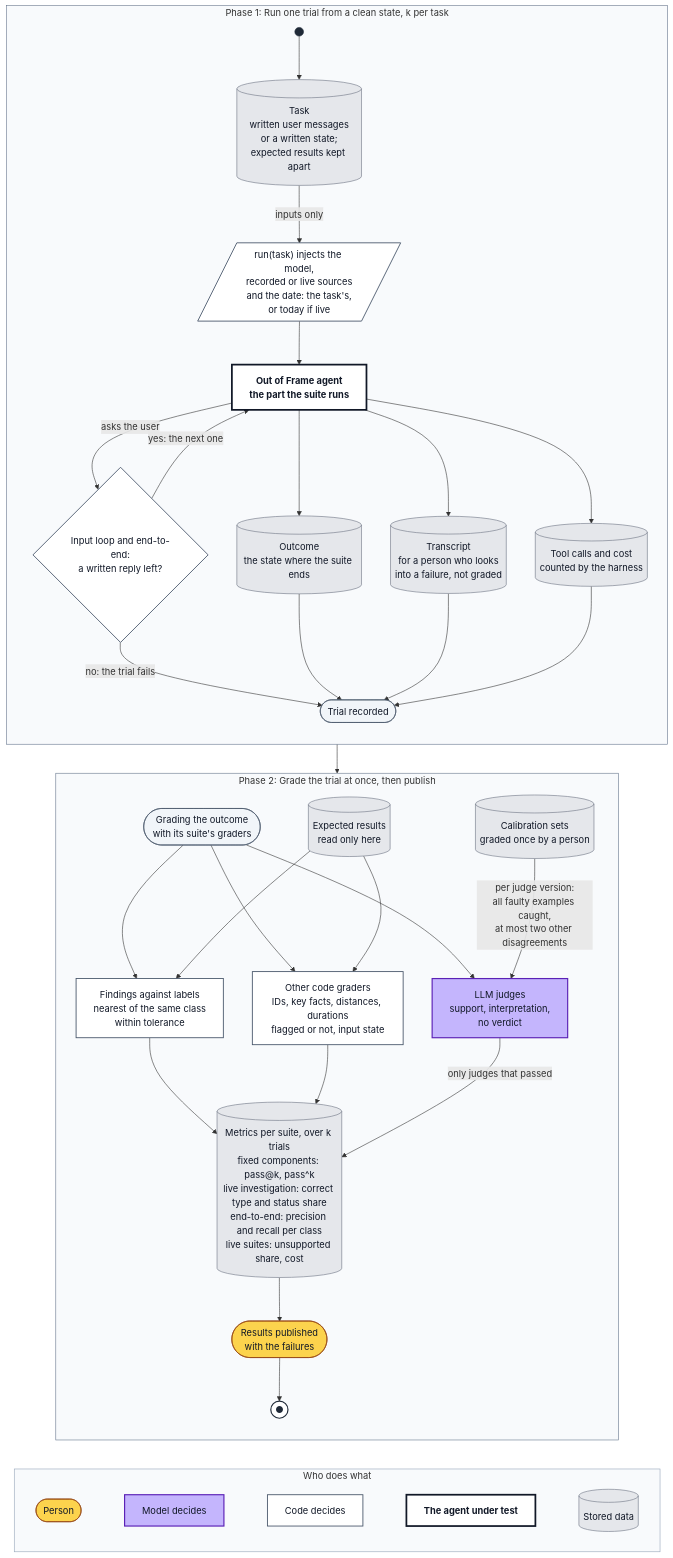
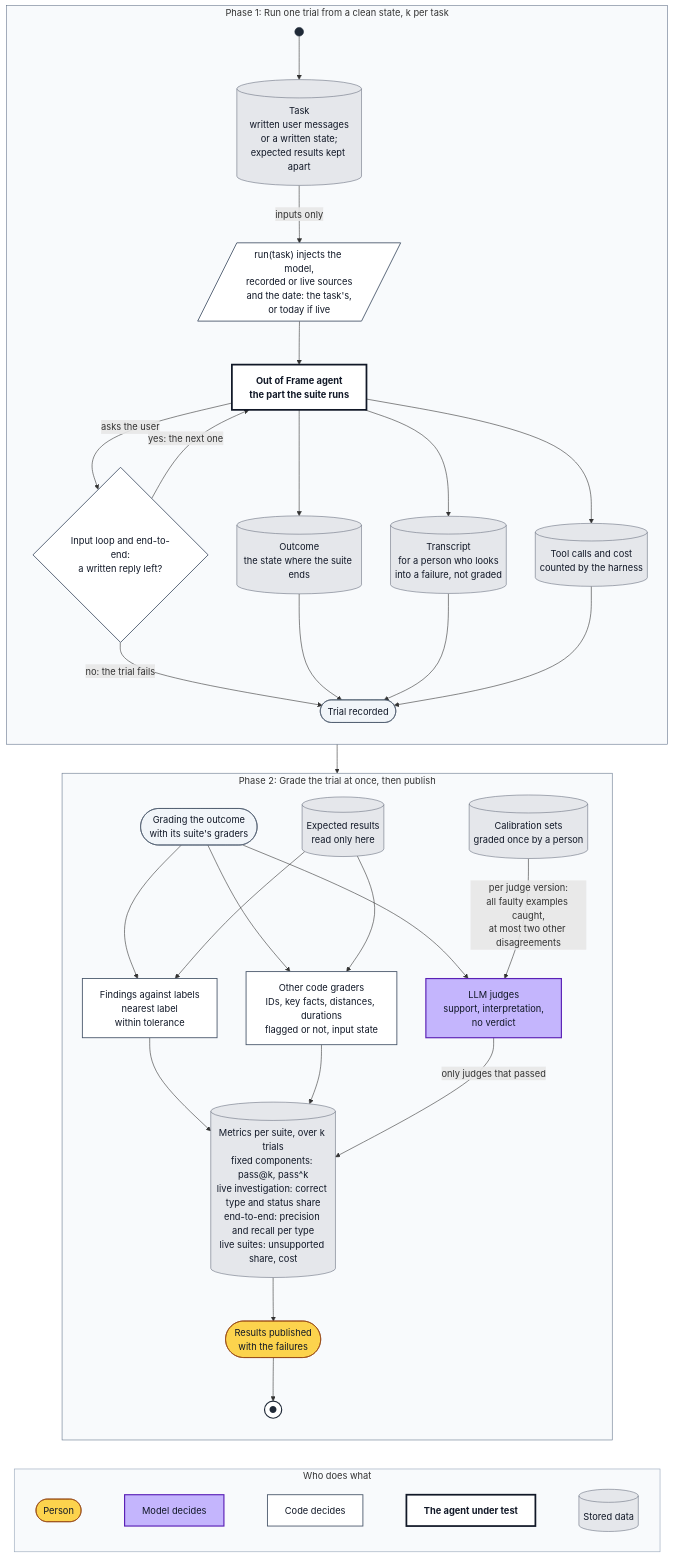
Before and after one commit to avashchenkov/out-of-frame: the diagram in docs/eval-architecture.md, drawn with Mermaid. The commit also changed other lines of this file and 22 other files, not shown here.

````diff
--- a/docs/eval-architecture.md
+++ b/docs/eval-architecture.md
@@ -425,75 +424,75 @@
 ```mermaid
 flowchart TD
     subgraph TRIALS["Phase 1: Run one trial from a clean state, k per task"]
         direction TB
         START((" ")):::start
         TASK[("Task<br/>written user messages<br/>or a written state;<br/>expected results kept apart")]:::data
         INJ[/"run(task) injects the model,<br/>recorded or live sources<br/>and the date: the task's,<br/>or today if live"/]:::code
         AG["Out of Frame agent<br/>the part the suite runs"]:::sut
         RPL{"Input loop and end-to-end:<br/>a written reply left?"}:::code
         OUTC[("Outcome<br/>the state where the suite ends")]:::data
         TRN[("Transcript<br/>for a person who looks<br/>into a failure, not graded")]:::data
         CNT[("Tool calls and cost<br/>counted by the harness")]:::data
         RD(["Trial recorded"]):::milestone
         START --> TASK
         TASK -->|"inputs only"| INJ
         INJ --> AG
         AG -->|"asks the user"| RPL
         RPL -->|"yes: the next one"| AG
         RPL -->|"no: the trial fails"| RD
         AG --> OUTC
         AG --> TRN
         AG --> CNT
         OUTC --> RD
         TRN --> RD
         CNT --> RD
     end
 
     subgraph GRADE["Phase 2: Grade the trial at once, then publish"]
         direction TB
         GS(["Grading the outcome<br/>with its suite's graders"]):::milestone
         SC[("Expected results<br/>read only here")]:::data
-        MATCH["Findings against labels<br/>nearest of the same class<br/>within tolerance"]:::code
+        MATCH["Findings against labels<br/>nearest label<br/>within tolerance"]:::code
         CG["Other code graders<br/>IDs, key facts, distances, durations<br/>flagged or not, input state"]:::code
         JG["LLM judges<br/>support, interpretation,<br/>no verdict"]:::model
         CAL[("Calibration sets<br/>graded once by a person")]:::data
-        MET[("Metrics per suite, over k trials<br/>fixed components: pass@k, pass^k<br/>live investigation: correct type and status share<br/>end-to-end: precision and recall per class<br/>live suites: unsupported share, cost")]:::data
+        MET[("Metrics per suite, over k trials<br/>fixed components: pass@k, pass^k<br/>live investigation: correct type and status share<br/>end-to-end: precision and recall per type<br/>live suites: unsupported share, cost")]:::data
         PUB(["Results published<br/>with the failures"]):::human
         STOP(("●")):::stop
         GS --> MATCH
         GS --> CG
         GS --> JG
         SC --> MATCH
         SC --> CG
         CAL -->|"per judge version:<br/>all faulty examples caught,<br/>at most two other disagreements"| JG
         MATCH --> MET
         CG --> MET
         JG -->|"only judges that passed"| MET
         MET --> PUB --> STOP
     end
 
     TRIALS --> GRADE
 
     subgraph KEY["Who does what"]
         direction LR
         k1(["Person"]):::human
         k2["Model decides"]:::model
         k3["Code decides"]:::code
         k6["The agent under test"]:::sut
         k4[("Stored data")]:::data
         k1 ~~~ k2 ~~~ k3 ~~~ k6 ~~~ k4
     end
     GRADE ~~~ KEY
 
     classDef human fill:#fcd34d,stroke:#92400e,color:#111827
     classDef model fill:#c4b5fd,stroke:#5b21b6,stroke-width:2px,color:#111827
     classDef code fill:#ffffff,stroke:#475569,stroke-width:1.5px,color:#111827
     classDef sut fill:#ffffff,stroke:#111827,stroke-width:3px,color:#111827,font-weight:bold
     classDef data fill:#e5e7eb,stroke:#6b7280,color:#111827
     classDef milestone fill:#f1f5f9,stroke:#475569,color:#111827
     classDef start fill:#1f2937,stroke:#1f2937,color:#1f2937
     classDef stop fill:#ffffff,stroke:#1f2937,stroke-width:2px,color:#1f2937
     style TRIALS fill:#f8fafc,stroke:#64748b
     style GRADE fill:#f8fafc,stroke:#64748b
     style KEY fill:#f8fafc,stroke:#94a3b8
 ```
````
